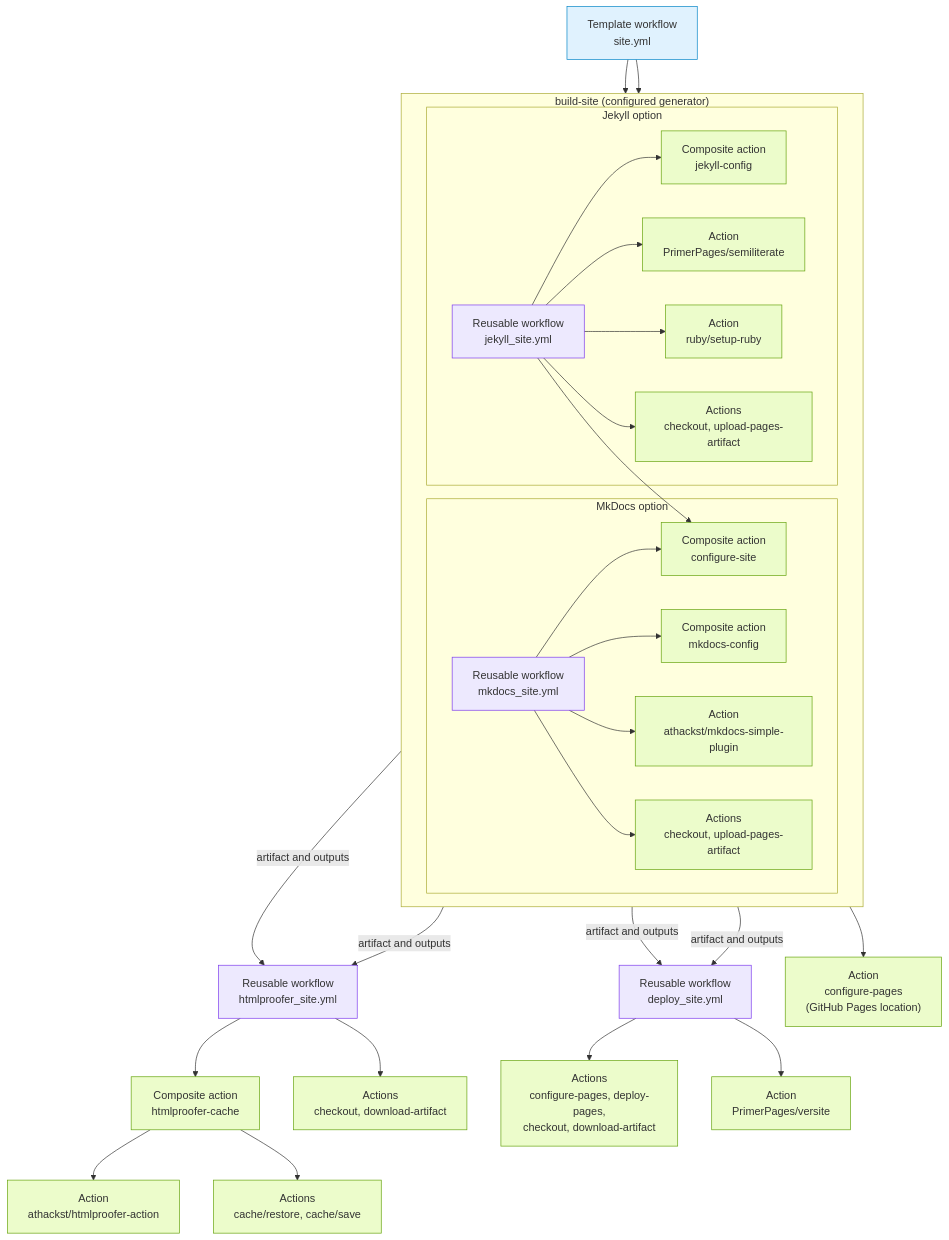
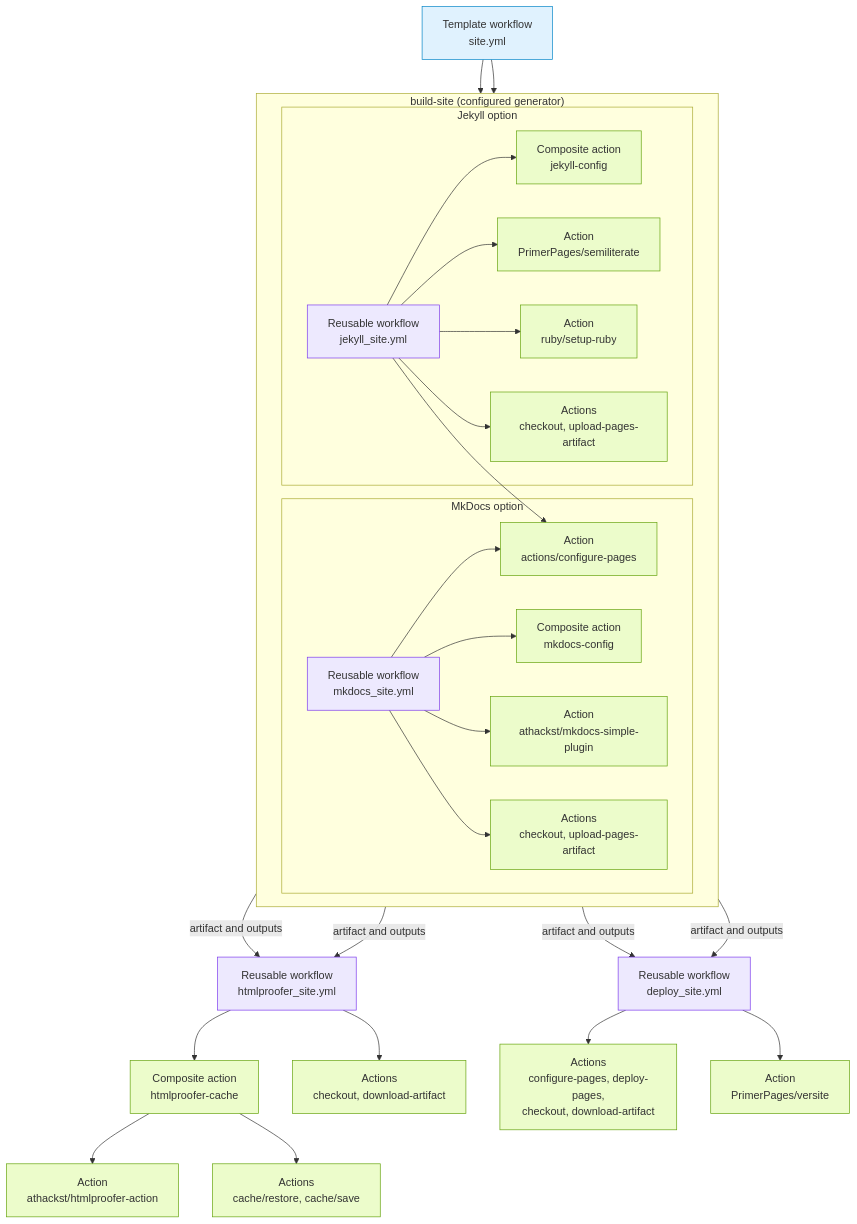
One commit to athackst/ci changed the diagram in copier/site.md. Above: the diagram before and after it, drawn with Mermaid. The commit also changed other lines of this file and 11 other files, not shown here.

Commit message:
Use GitHub Pages metadata for site workflows (#324)

````diff
--- a/copier/site.md
+++ b/copier/site.md
@@ -39,48 +39,46 @@
 ```mermaid
 flowchart TD
     template["Template workflow<br/>site.yml"]
 
     subgraph build_site["build-site (configured generator)"]
         direction LR
 
         subgraph mkdocs_option["MkDocs option"]
             mkdocs["Reusable workflow<br/>mkdocs_site.yml"]
-            mkdocs --> site_config["Composite action<br/>configure-site"]
+            mkdocs --> configure_pages["Action<br/>actions/configure-pages"]
             mkdocs --> mkdocs_config["Composite action<br/>mkdocs-config"]
             mkdocs --> mkdocs_plugin["Action<br/>athackst/mkdocs-simple-plugin"]
             mkdocs --> pages_build["Actions<br/>checkout, upload-pages-artifact"]
         end
 
         subgraph jekyll_option["Jekyll option"]
             jekyll["Reusable workflow<br/>jekyll_site.yml"]
-            jekyll --> site_config
+            jekyll --> configure_pages
             jekyll --> jekyll_config["Composite action<br/>jekyll-config"]
             jekyll --> semiliterate["Action<br/>PrimerPages/semiliterate"]
             jekyll --> ruby["Action<br/>ruby/setup-ruby"]
             jekyll --> pages_jekyll["Actions<br/>checkout, upload-pages-artifact"]
         end
     end
 
     template --> mkdocs
     template --> jekyll
     mkdocs -->|artifact and outputs| test["Reusable workflow<br/>htmlproofer_site.yml"]
     jekyll -->|artifact and outputs| test
     mkdocs -->|artifact and outputs| deploy["Reusable workflow<br/>deploy_site.yml"]
     jekyll -->|artifact and outputs| deploy
 
     test --> cache["Composite action<br/>htmlproofer-cache"]
     test --> test_artifact["Actions<br/>checkout, download-artifact"]
     cache --> htmlproofer["Action<br/>athackst/htmlproofer-action"]
     cache --> cache_actions["Actions<br/>cache/restore, cache/save"]
-    site_config --> configure_pages["Action<br/>configure-pages<br/>(GitHub Pages location)"]
-
     deploy --> pages_deploy["Actions<br/>configure-pages, deploy-pages,<br/>checkout, download-artifact"]
     deploy --> versite["Action<br/>PrimerPages/versite"]
 
     classDef template fill:#e0f2fe,stroke:#0284c7
     classDef workflow fill:#ede9fe,stroke:#7c3aed
     classDef action fill:#ecfccb,stroke:#65a30d
     class template template
     class mkdocs,jekyll,test,deploy workflow
-    class site_config,configure_pages,mkdocs_config,mkdocs_plugin,pages_build,jekyll_config,semiliterate,ruby,pages_jekyll,cache,test_artifact,htmlproofer,cache_actions,pages_deploy,versite action
+    class configure_pages,mkdocs_config,mkdocs_plugin,pages_build,jekyll_config,semiliterate,ruby,pages_jekyll,cache,test_artifact,htmlproofer,cache_actions,pages_deploy,versite action
 ```
````
